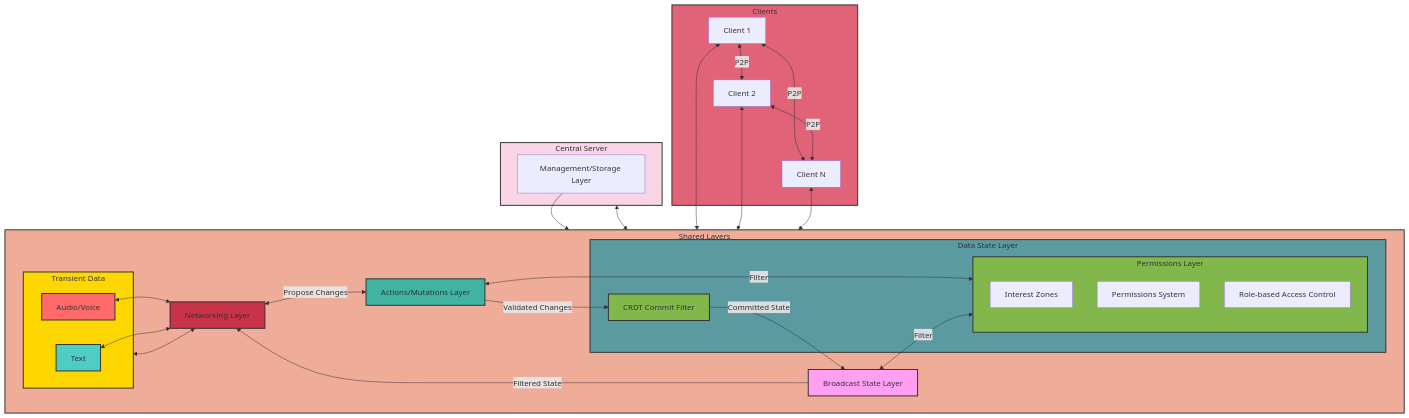
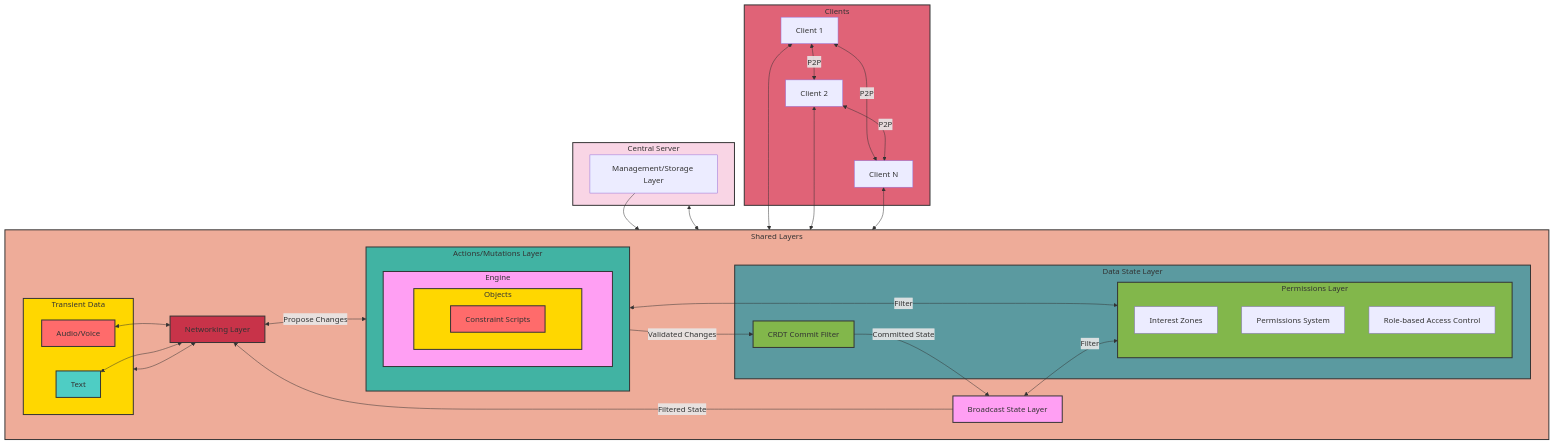
One commit to vircadia/vircadia-world-sdk-ts changed the diagram in README.md. Above: the diagram before and after it, drawn with Mermaid. The commit also changed other lines of this file, not shown here.

````diff
--- a/README.md
+++ b/README.md
@@ -39,65 +28,76 @@
 ```mermaid
 graph TD
     subgraph CentralServer [Central Server]
         A[Management/Storage Layer]
     end
 
     subgraph SharedLayers [Shared Layers]
         C[Networking Layer]
         subgraph D [Data State Layer]
             D1[CRDT Commit Filter]
             D2[Permissions Layer]
             subgraph D2 [Permissions Layer]
                 D2a[Interest Zones]
                 D2b[Permissions System]
                 D2c[Role-based Access Control]
             end
         end
-        E[Actions/Mutations Layer]
+        subgraph E [Actions/Mutations Layer]
+            E1[Engine]
+            subgraph E1 [Engine]
+                E1a[Objects]
+                subgraph E1a [Objects]
+                    E1a1[Constraint Scripts]
+                end
+            end
+        end
         F[Broadcast State Layer]
         subgraph G [Transient Data]
             G1[Audio/Voice]
             G2[Text]
         end
     end
 
     subgraph Clients [Clients]
         Client1[Client 1]
         Client2[Client 2]
         ClientN[Client N]
     end
 
     A --> SharedLayers
     CentralServer <--> SharedLayers
     Client1 <--> SharedLayers
     Client2 <--> SharedLayers
     ClientN <--> SharedLayers
     Client1 <-->|P2P| Client2
     Client1 <-->|P2P| ClientN
     Client2 <-->|P2P| ClientN
 
     C <-->|Propose Changes| E
     E -->|Validated Changes| D1
     D1 -->|Committed State| F
     F -->|Filtered State| C
 
     E <-->|Filter| D2
     F <-->|Filter| D2
 
     C <--> G
     G1 <--> C
     G2 <--> C
 
     style CentralServer fill:#f9d5e5,stroke:#333,stroke-width:2px
     style SharedLayers fill:#eeac99,stroke:#333,stroke-width:2px
     style Clients fill:#e06377,stroke:#333,stroke-width:2px
     style C fill:#c83349,stroke:#333,stroke-width:2px
     style D fill:#5b9aa0,stroke:#333,stroke-width:2px
     style D1 fill:#82b74b,stroke:#333,stroke-width:2px
     style D2 fill:#82b74b,stroke:#333,stroke-width:2px
     style E fill:#41b3a3,stroke:#333,stroke-width:2px
+    style E1 fill:#ff9ff3,stroke:#333,stroke-width:2px
+    style E1a fill:#ffd700,stroke:#333,stroke-width:2px
+    style E1a1 fill:#ff6b6b,stroke:#333,stroke-width:2px
     style F fill:#ff9ff3,stroke:#333,stroke-width:2px
     style G fill:#ffd700,stroke:#333,stroke-width:2px
     style G1 fill:#ff6b6b,stroke:#333,stroke-width:2px
     style G2 fill:#4ecdc4,stroke:#333,stroke-width:2px
 ```
````
